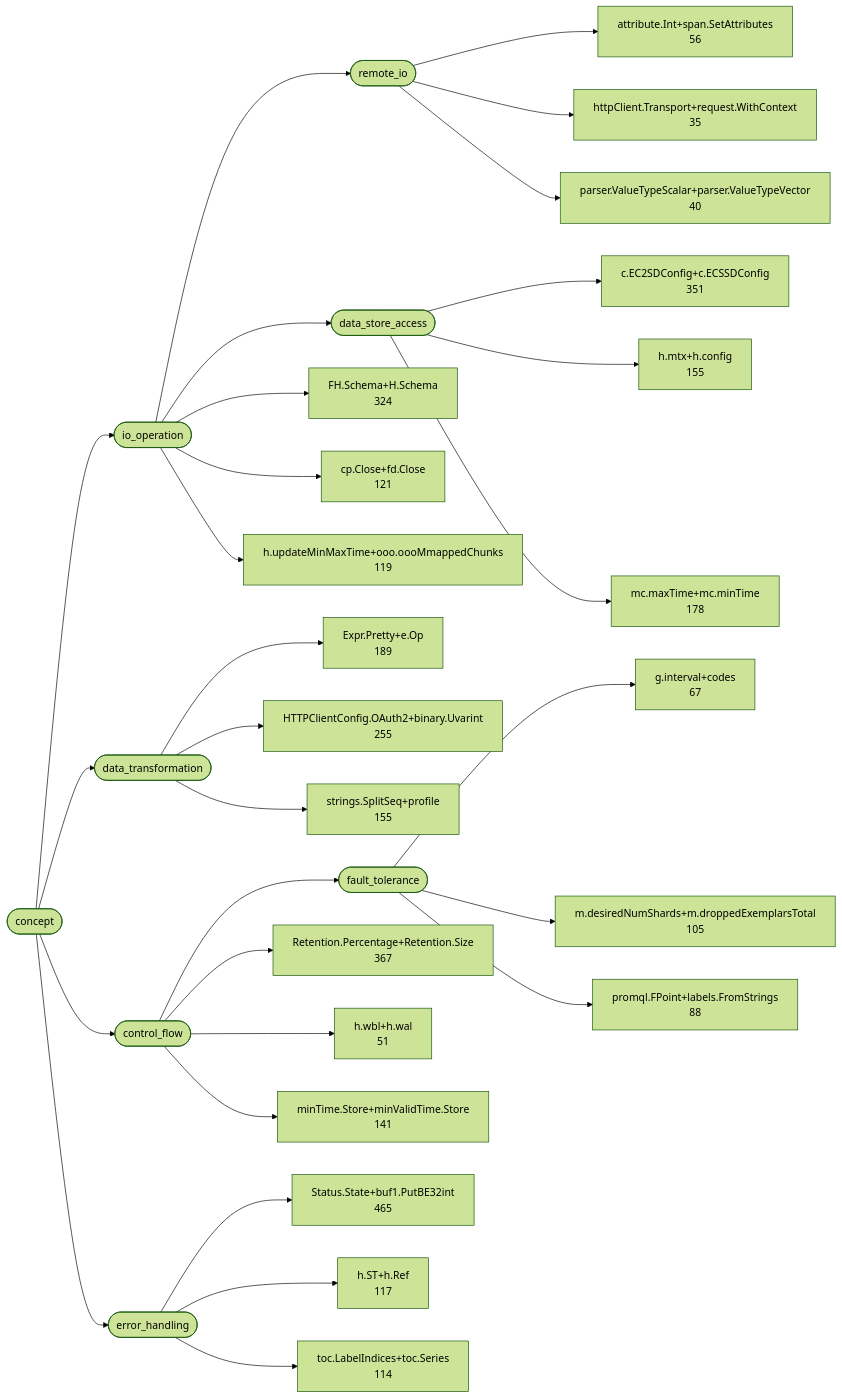
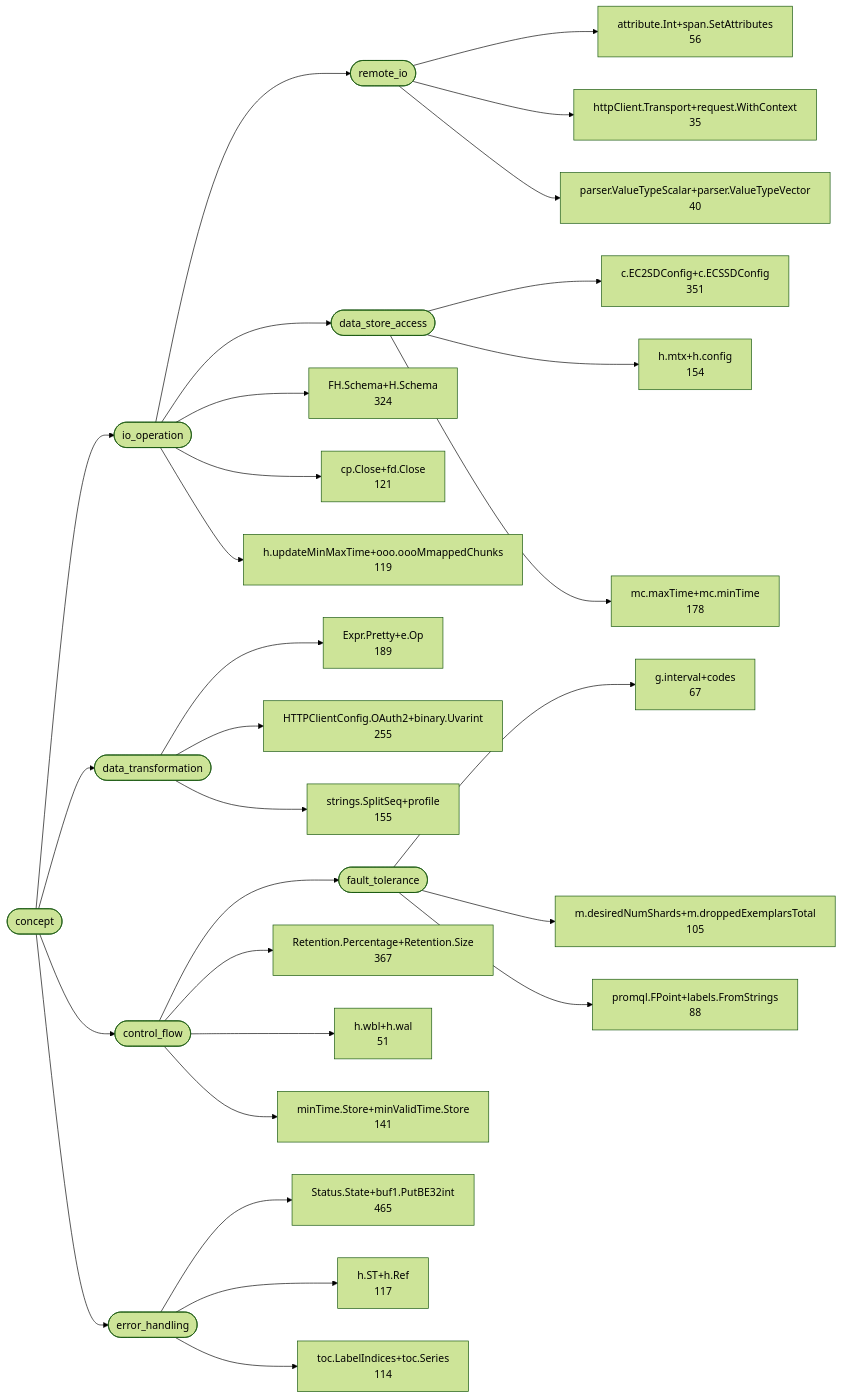
Before and after one commit to LukasSelin/doppel: the second of 4 diagrams in examples/prometheus.md, drawn with Mermaid (forest theme). The commit also changed other lines of this file and 1 other file, not shown here.

````diff
--- a/examples/prometheus.md
+++ b/examples/prometheus.md
@@ -113,60 +113,60 @@
 ```mermaid
 flowchart LR
     c0(["concept"])
     c1(["io_operation"])
     c2(["remote_io"])
     c3(["data_store_access"])
     c4(["data_transformation"])
     c5(["control_flow"])
     c6(["fault_tolerance"])
     c7(["error_handling"])
     c8["Expr.Pretty+e.Op<br/>189"]
     c9["FH.Schema+H.Schema<br/>324"]
     c10["HTTPClientConfig.OAuth2+binary.Uvarint<br/>255"]
     c11["Retention.Percentage+Retention.Size<br/>367"]
     c12["Status.State+buf1.PutBE32int<br/>465"]
     c13["attribute.Int+span.SetAttributes<br/>56"]
     c14["c.EC2SDConfig+c.ECSSDConfig<br/>351"]
     c15["cp.Close+fd.Close<br/>121"]
     c16["g.interval+codes<br/>67"]
     c17["h.ST+h.Ref<br/>117"]
-    c18["h.mtx+h.config<br/>155"]
+    c18["h.mtx+h.config<br/>154"]
     c19["h.updateMinMaxTime+ooo.oooMmappedChunks<br/>119"]
     c20["h.wbl+h.wal<br/>51"]
     c21["httpClient.Transport+request.WithContext<br/>35"]
     c22["m.desiredNumShards+m.droppedExemplarsTotal<br/>105"]
     c23["mc.maxTime+mc.minTime<br/>178"]
     c24["minTime.Store+minValidTime.Store<br/>141"]
     c25["parser.ValueTypeScalar+parser.ValueTypeVector<br/>40"]
     c26["promql.FPoint+labels.FromStrings<br/>88"]
     c27["strings.SplitSeq+profile<br/>155"]
     c28["toc.LabelIndices+toc.Series<br/>114"]
     c0 --> c1
     c1 --> c2
     c1 --> c3
     c0 --> c4
     c0 --> c5
     c5 --> c6
     c0 --> c7
     c4 --> c8
     c1 --> c9
     c4 --> c10
     c5 --> c11
     c7 --> c12
     c2 --> c13
     c3 --> c14
     c1 --> c15
     c6 --> c16
     c7 --> c17
     c3 --> c18
     c1 --> c19
     c5 --> c20
     c2 --> c21
     c6 --> c22
     c3 --> c23
     c5 --> c24
     c2 --> c25
     c6 --> c26
     c4 --> c27
     c7 --> c28
 ```
````
